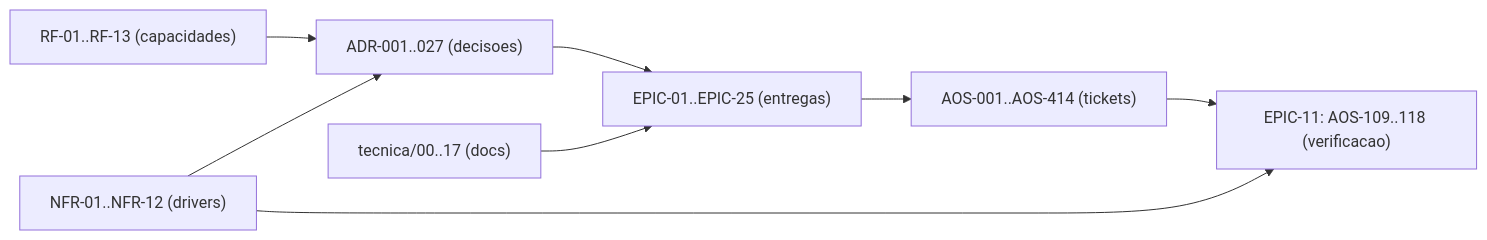
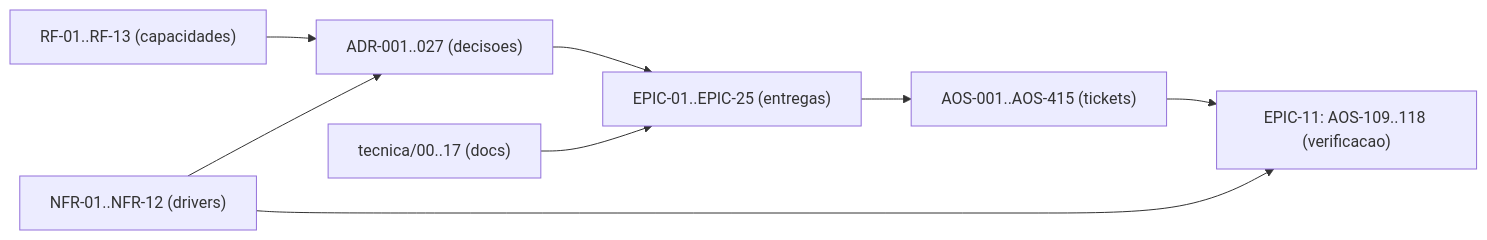
Before and after one commit to albinoJimy/aos: the diagram in tecnica/16_Rastreabilidade_RTM.md, drawn with Mermaid. The commit also changed other lines of this file and 1 other file, not shown here.

First line of the commit message:
docs(AOS-415): o veredicto da validação volta ao planeador, e a recusa deixa de acabar o run (#335)

````diff
--- a/tecnica/16_Rastreabilidade_RTM.md
+++ b/tecnica/16_Rastreabilidade_RTM.md
@@ -186,10 +186,10 @@
 ```mermaid
 flowchart LR
     RF["RF-01..RF-13 (capacidades)"] --> ADR["ADR-001..027 (decisoes)"]
     NFR["NFR-01..NFR-12 (drivers)"] --> ADR
     ADR --> EPIC["EPIC-01..EPIC-25 (entregas)"]
-    EPIC --> TICK["AOS-001..AOS-414 (tickets)"]
+    EPIC --> TICK["AOS-001..AOS-415 (tickets)"]
     DOC["tecnica/00..17 (docs)"] --> EPIC
     TICK --> TEST["EPIC-11: AOS-109..118 (verificacao)"]
     NFR --> TEST
 ```
````
